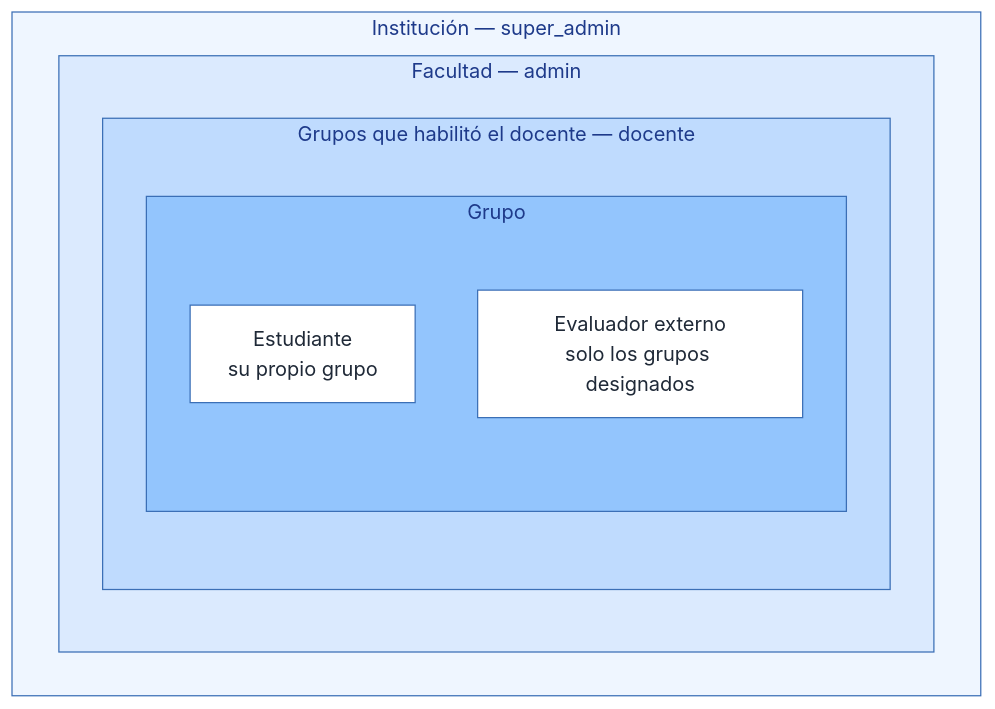
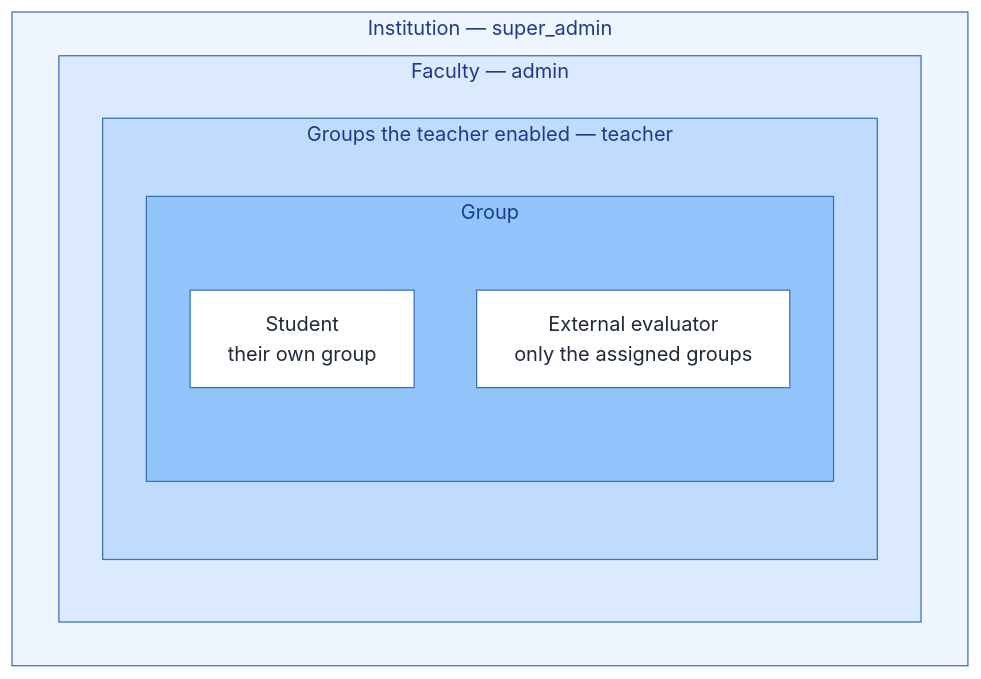
The sixth of 6 diagrams in docs/diagramas/diagrama_jerarquias.md (Oskarsito7/SIERAP), drawn with Mermaid before and after one commit. The commit also changed other lines of this file and 10 other files, not shown here.

````diff
--- a/docs/diagramas/diagrama_jerarquias.md
+++ b/docs/diagramas/diagrama_jerarquias.md
@@ -187,19 +185,19 @@
 ```mermaid
 flowchart TB
-  subgraph I["Institución — super_admin"]
-    subgraph F["Facultad — admin"]
-      subgraph D["Grupos que habilitó el docente — docente"]
-        subgraph G["Grupo"]
-          E1["Estudiante<br/>su propio grupo"]
-          E2["Evaluador externo<br/>solo los grupos designados"]
+  subgraph I["Institution — super_admin"]
+    subgraph F["Faculty — admin"]
+      subgraph D["Groups the teacher enabled — teacher"]
+        subgraph G["Group"]
+          E1["Student<br/>their own group"]
+          E2["External evaluator<br/>only the assigned groups"]
         end
       end
     end
   end
   style I fill:#EFF6FF,stroke:#3B6FB6,color:#1E3A8A
   style F fill:#DBEAFE,stroke:#3B6FB6,color:#1E3A8A
   style D fill:#BFDBFE,stroke:#3B6FB6,color:#1E3A8A
   style G fill:#93C5FD,stroke:#3B6FB6,color:#1E3A8A
   style E1 fill:#FFFFFF,stroke:#3B6FB6,color:#1F2937
   style E2 fill:#FFFFFF,stroke:#3B6FB6,color:#1F2937
 ```
````
